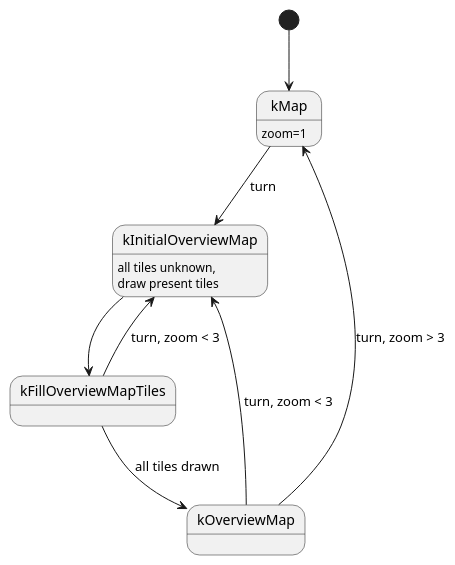
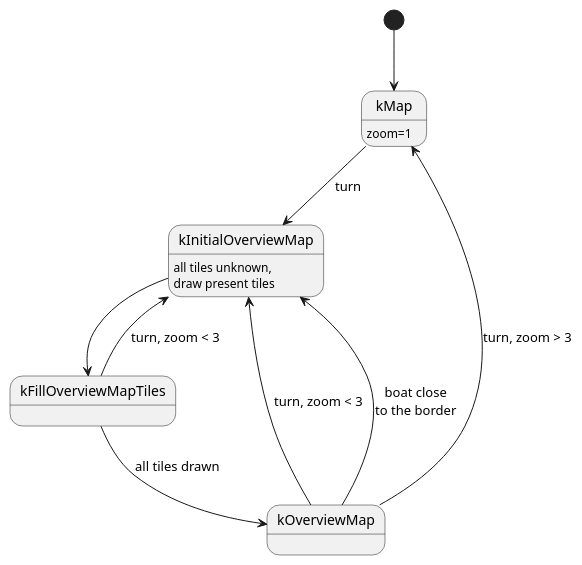
Before and after one commit to SimonKagstrom/maelir: the diagram in src/ui/ui_state_machine.pu, drawn with PlantUML. The commit also changed 1 other file, not shown here.

Commit message:
ui: Recenter zoomed out image if the boat goes outside

```diff
--- a/src/ui/ui_state_machine.pu
+++ b/src/ui/ui_state_machine.pu
@@ -1,18 +1,19 @@
 @startuml
 
 state kMap : zoom=1
 state kInitialOverviewMap : all tiles unknown,\ndraw present tiles
 state kFillOverviewMapTiles
 state kOverviewMap
 
 [*] --> kMap
 kMap --> kInitialOverviewMap : turn
 
 kInitialOverviewMap --> kFillOverviewMapTiles
 kFillOverviewMapTiles --> kOverviewMap : all tiles drawn
 kFillOverviewMapTiles --> kInitialOverviewMap : turn, zoom < 3
 
 kOverviewMap --> kMap : turn, zoom > 3
 kOverviewMap --> kInitialOverviewMap : turn, zoom < 3
+kOverviewMap --> kInitialOverviewMap : boat close\nto the border
 
 @enduml
```
